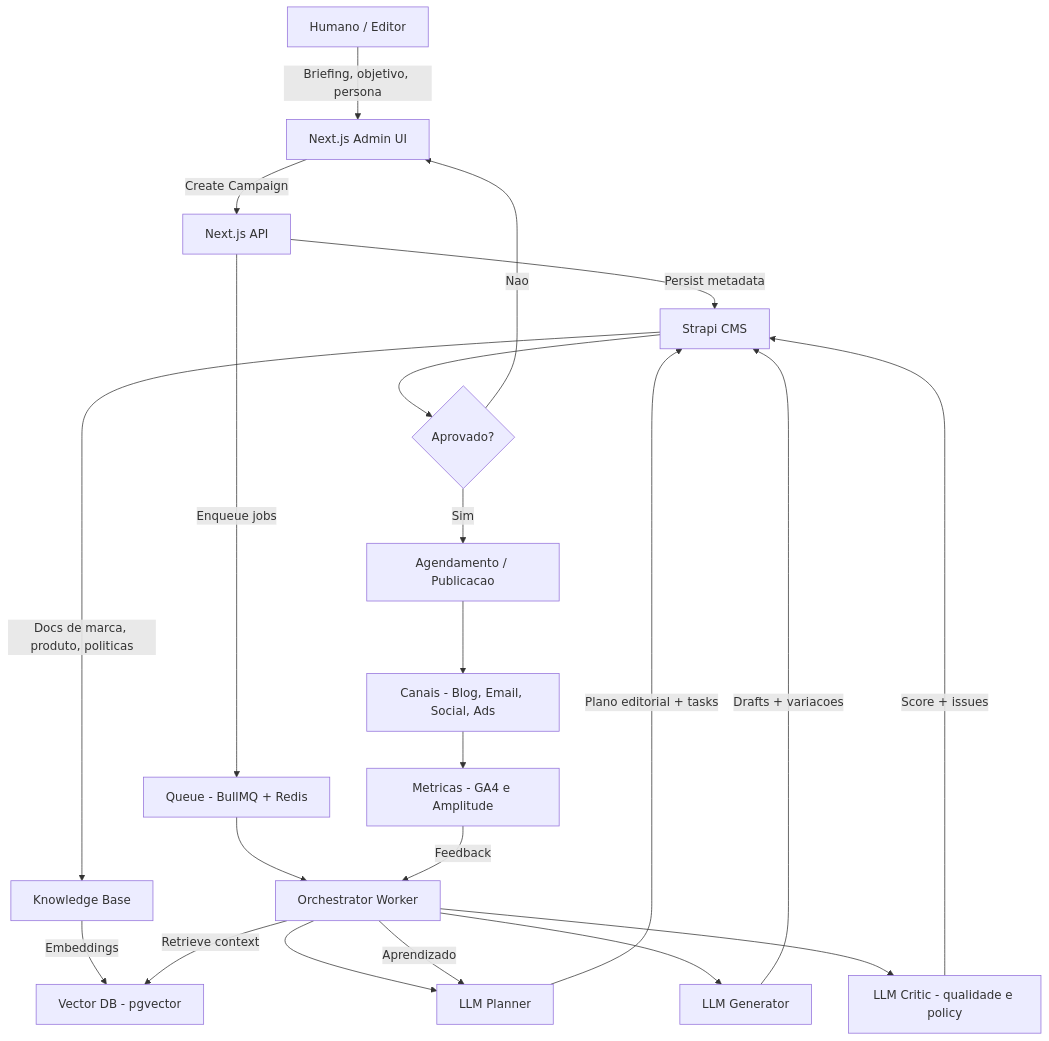
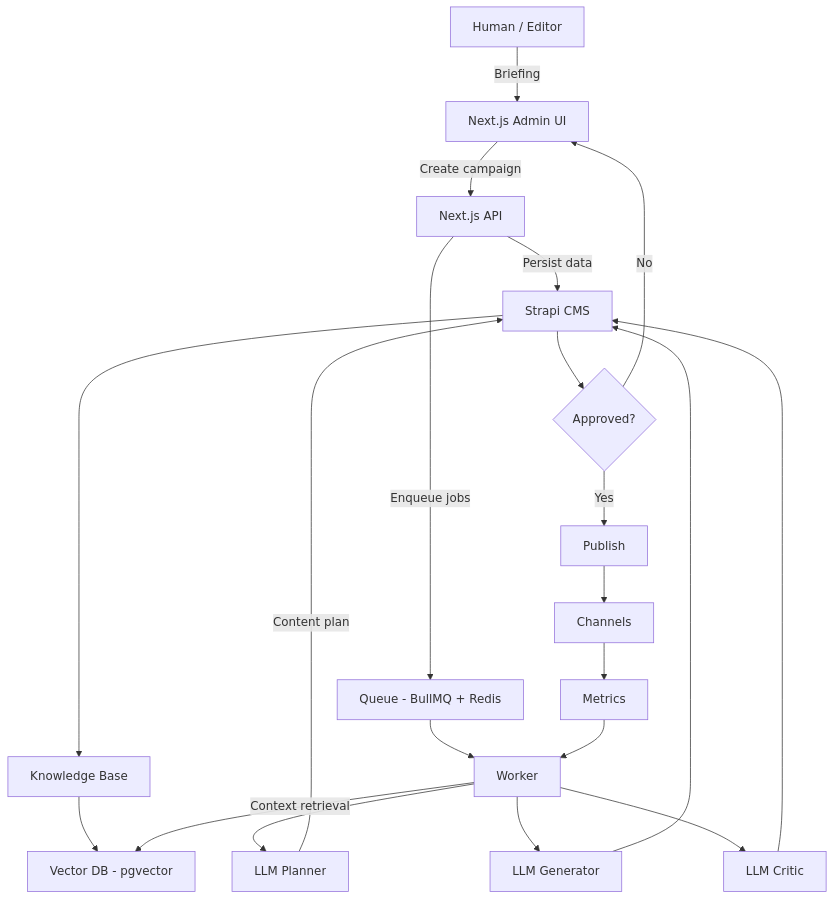
One commit to alalbux/llm-content-factory changed the diagram in README.md. Above: the diagram before and after it, drawn with Mermaid. The commit also changed other lines of this file and 9 other files, not shown here.

````diff
--- a/README.md
+++ b/README.md
@@ -45,44 +70,31 @@
 ```mermaid
 flowchart TD
-  A[Humano / Editor] -->|Briefing, objetivo, persona| B[Next.js Admin UI]
+  A[Human / Editor] -->|Briefing| B[Next.js Admin UI]
 
-  B -->|Create Campaign| C[Next.js API]
-  C -->|Persist metadata| D[Strapi CMS]
+  B -->|Create campaign| C[Next.js API]
+  C -->|Persist data| D[Strapi CMS]
   C -->|Enqueue jobs| E[Queue - BullMQ + Redis]
 
-  %% Orchestration
-  E --> F[Orchestrator Worker]
+  E --> F[Worker]
 
-  %% Planning
   F --> G[LLM Planner]
-  G -->|Plano editorial + tasks| D
+  G -->|Content plan| D
 
-  %% Knowledge / RAG
-  D -->|Docs de marca, produto, politicas| H[Knowledge Base]
-  H -->|Embeddings| I[Vector DB - pgvector]
-  F -->|Retrieve context| I
+  D --> H[Knowledge Base]
+  H --> I[Vector DB - pgvector]
+  F -->|Context retrieval| I
 
-  %% Generation
   F --> J[LLM Generator]
-  J -->|Drafts + variacoes| D
+  J --> D
 
-  %% Review
-  F --> K[LLM Critic - qualidade e policy]
-  K -->|Score + issues| D
+  F --> K[LLM Critic]
+  K --> D
 
-  %% Decision
-  D --> L{Aprovado?}
-  L -- Nao --> B
-  L -- Sim --> M[Agendamento / Publicacao]
+  D --> L{Approved?}
+  L -- No --> B
+  L -- Yes --> M[Publish]
 
-  %% Publishing
-  M --> N[Canais - Blog, Email, Social, Ads]
-
-  %% Metrics
-  N --> O[Metricas - GA4 e Amplitude]
-  O -->|Feedback| F
-
-  %% Learning loop
-  F -->|Aprendizado| G
-
+  M --> N[Channels]
+  N --> O[Metrics]
+  O --> F
 ```
````
